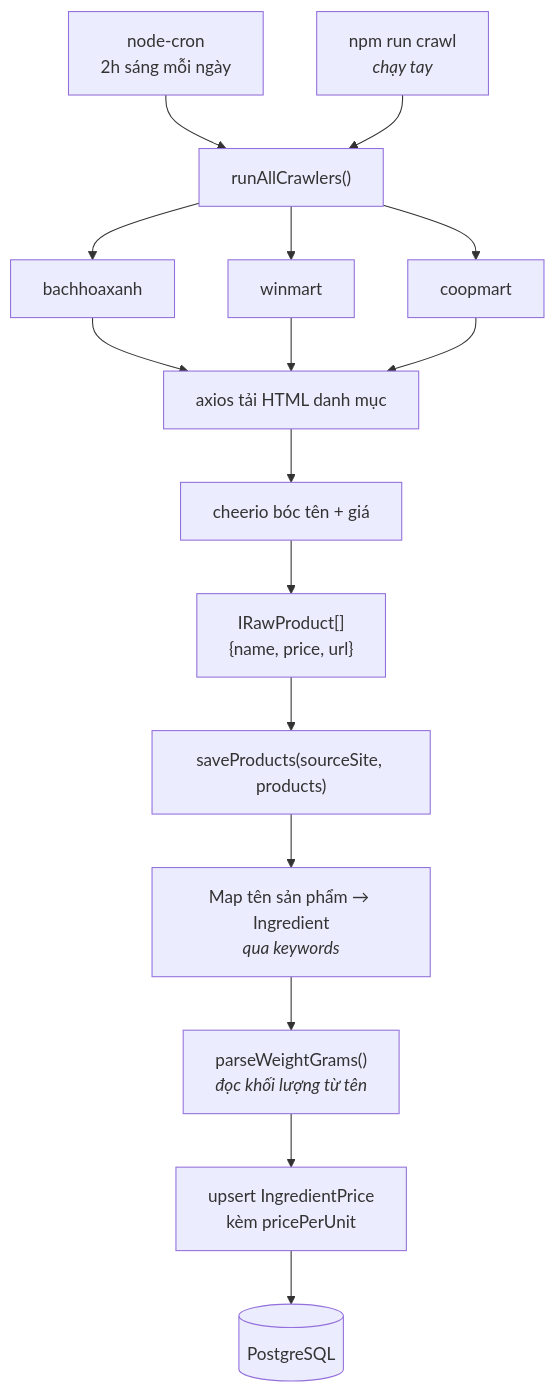
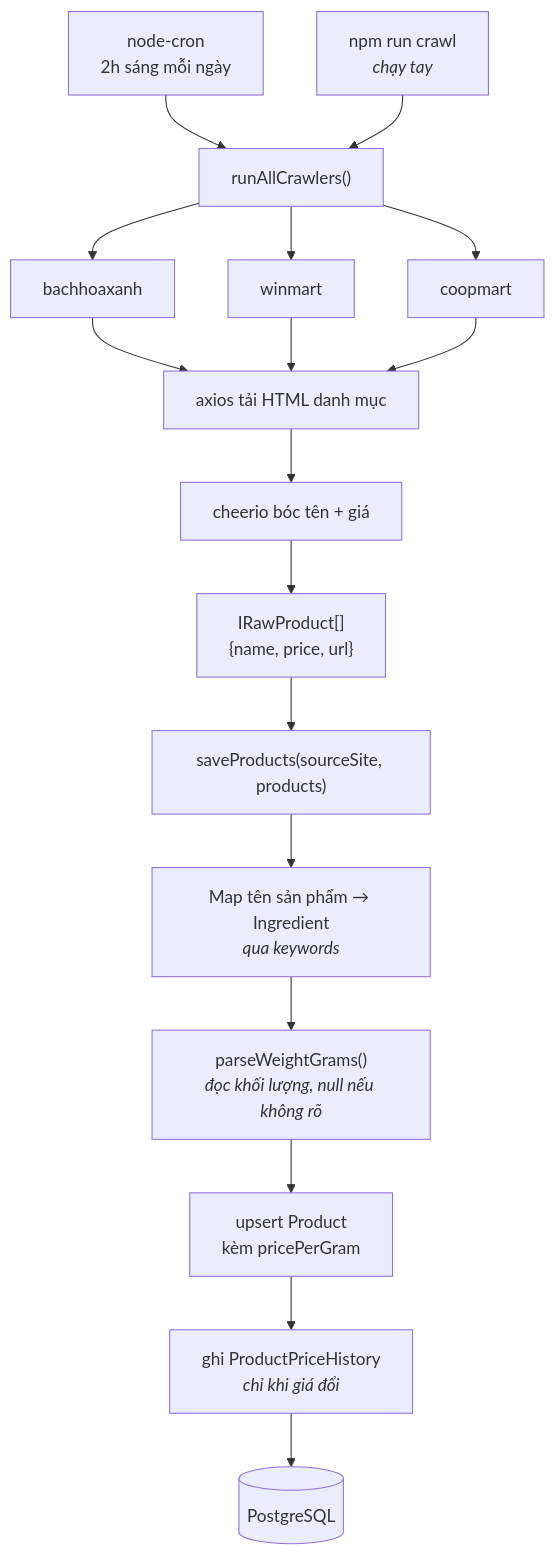
One commit to FlyingFish183/StudentBites changed the first of 3 diagrams in Backend/docs/06-crawler.md. Above: the diagram before and after it, drawn with Mermaid. The commit also changed other lines of this file and 9 other files, not shown here.

First line of the commit message:
docs: ERD sinh tự động + cập nhật tài liệu theo mô hình mới

````diff
--- a/Backend/docs/06-crawler.md
+++ b/Backend/docs/06-crawler.md
@@ -32,19 +32,20 @@
 ```mermaid
 flowchart TB
     CRON["node-cron<br/>2h sáng mỗi ngày"] --> RUN["runAllCrawlers()"]
     CLI["npm run crawl<br/><i>chạy tay</i>"] --> RUN
 
     RUN --> C1["bachhoaxanh"]
     RUN --> C2["winmart"]
     RUN --> C3["coopmart"]
 
     C1 & C2 & C3 --> FETCH["axios tải HTML danh mục"]
     FETCH --> PARSE["cheerio bóc tên + giá"]
     PARSE --> RAW["IRawProduct[]<br/>{name, price, url}"]
     RAW --> SAVE["saveProducts(sourceSite, products)"]
 
     SAVE --> MATCH["Map tên sản phẩm → Ingredient<br/><i>qua keywords</i>"]
-    MATCH --> WEIGHT["parseWeightGrams()<br/><i>đọc khối lượng từ tên</i>"]
-    WEIGHT --> UPSERT["upsert IngredientPrice<br/>kèm pricePerUnit"]
-    UPSERT --> DB[("PostgreSQL")]
+    MATCH --> WEIGHT["parseWeightGrams()<br/><i>đọc khối lượng, null nếu không rõ</i>"]
+    WEIGHT --> UPSERT["upsert Product<br/>kèm pricePerGram"]
+    UPSERT --> HIST["ghi ProductPriceHistory<br/><i>chỉ khi giá đổi</i>"]
+    HIST --> DB[("PostgreSQL")]
 ```
````
